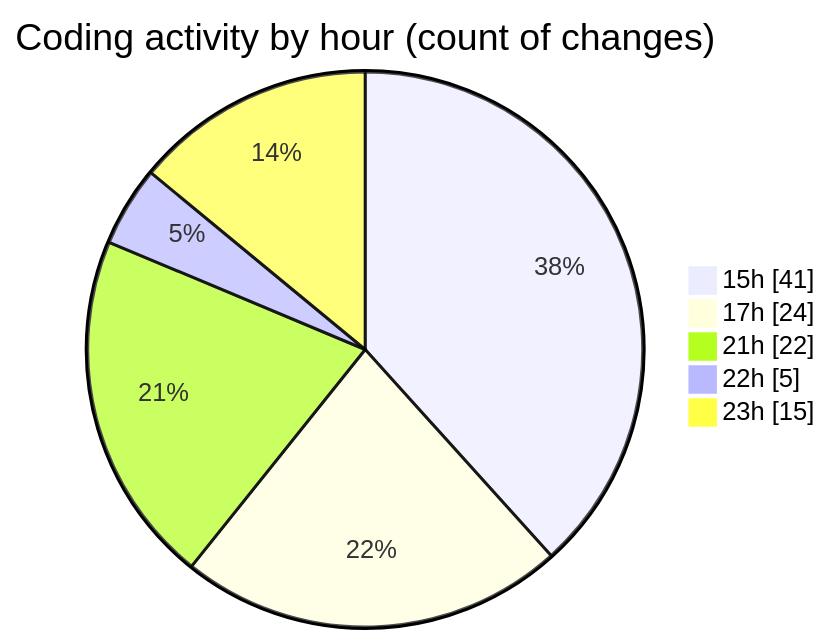
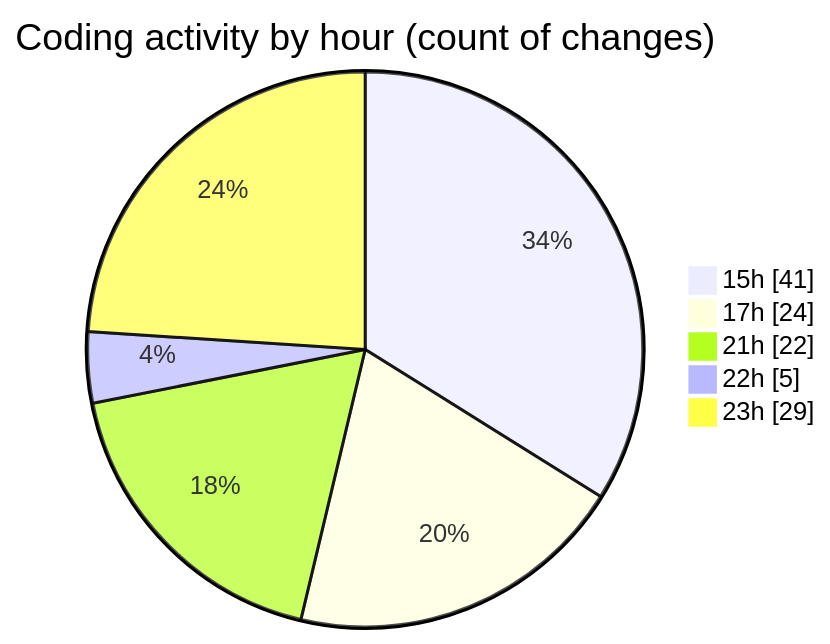
One commit to Netris89/code-tracking changed the second of 2 diagrams in 2025-10-26/skintrack/README.md. Above: the diagram before and after it, drawn with Mermaid. The commit also changed other lines of this file and 1 other file, not shown here.

````diff
--- a/2025-10-26/skintrack/README.md
+++ b/2025-10-26/skintrack/README.md
@@ -45,9 +46,9 @@
 ```mermaid
 pie showData
 title Coding activity by hour (count of changes)
 "15h" : 41
 "17h" : 24
 "21h" : 22
 "22h" : 5
-"23h" : 15
+"23h" : 29
 ```
````
